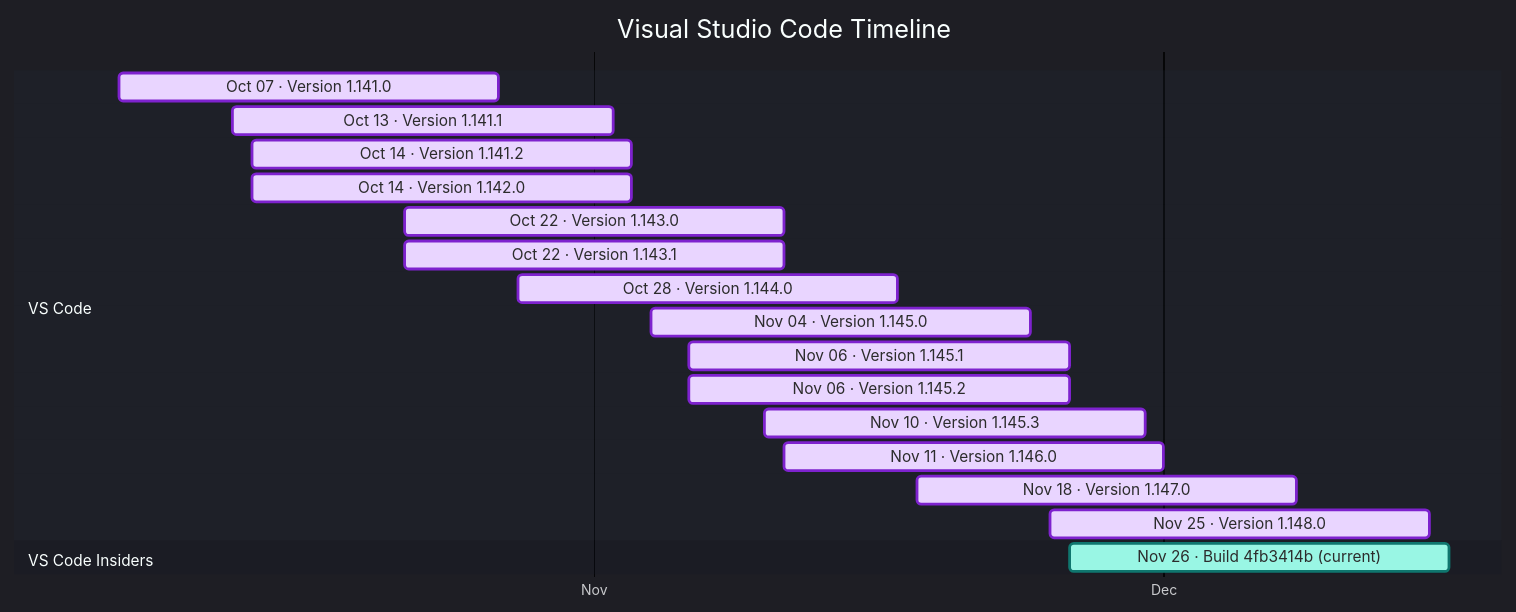
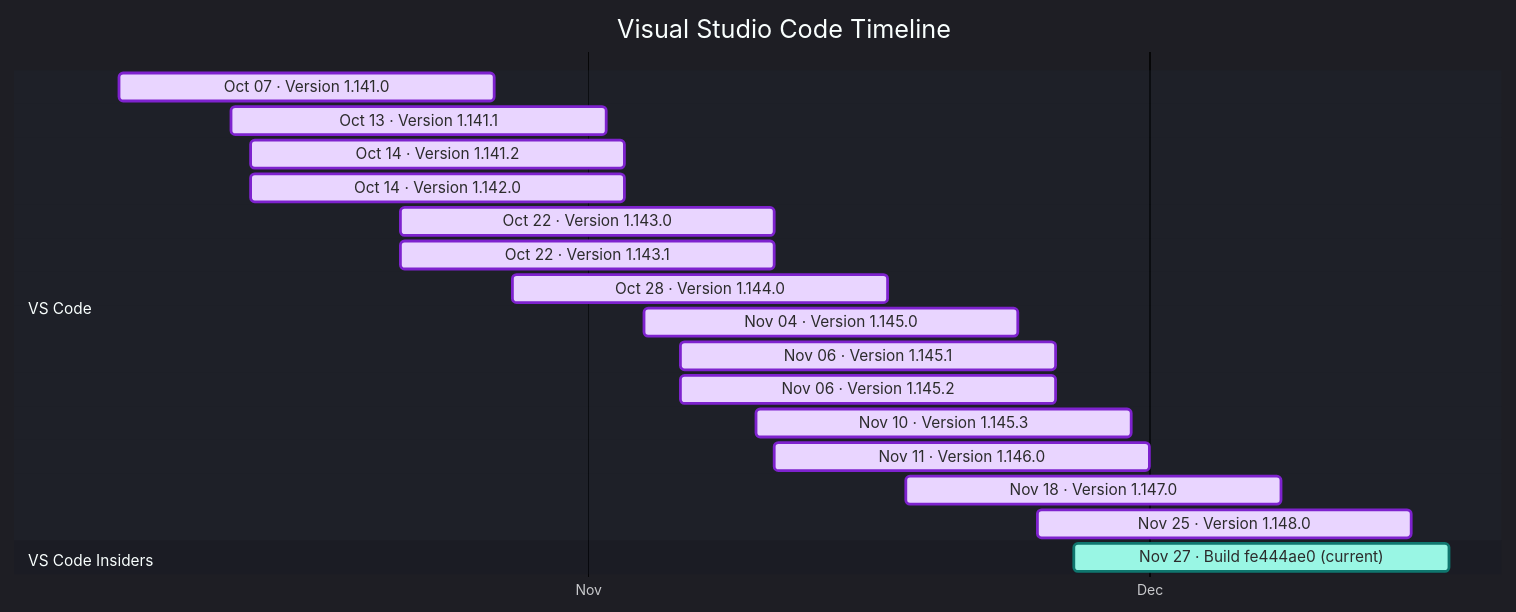
One commit to Oxelya-DevTools/VisualStudioUpdate changed the diagram in docs/vscode.md. Above: the diagram before and after it, drawn with Mermaid. The commit also changed other lines of this file and 1 other file, not shown here.

````diff
--- a/docs/vscode.md
+++ b/docs/vscode.md
@@ -9,25 +9,25 @@
 ```mermaid
 %%{init: {'theme':'dark','themeVariables': { 'fontFamily': 'Segoe UI', 'fontSize': '24px', 'textColor': '#F3F4F6', 'titleTextColor': '#FFFFFF', 'taskTextColor': '#111827', 'taskTextLightColor': '#111827', 'taskTextOutsideColor': '#F3F4F6', 'taskBkgColor': '#BAE6FD', 'taskBorderColor': '#0369A1', 'doneTaskBkgColor': '#E9D5FF', 'doneTaskBorderColor': '#7E22CE', 'activeTaskBkgColor': '#99F6E4', 'activeTaskBorderColor': '#0F766E', 'critTaskBkgColor': '#FED7AA', 'critTaskBorderColor': '#C2410C', 'sectionBkgColor': '#1F2937', 'altSectionBkgColor': '#111827', 'gridColor': '#4B5563', 'todayLineColor': '#F87171' }}}%%
 gantt
     title Visual Studio Code Timeline
     dateFormat  YYYY-MM-DD
     axisFormat  %b
     tickInterval 1month
     section VS Code
     Oct 07 · Version 1.141.0 : done, vscode202610070, 2026-10-07, 20d
     Oct 13 · Version 1.141.1 : done, vscode202610131, 2026-10-13, 20d
     Oct 14 · Version 1.141.2 : done, vscode202610142, 2026-10-14, 20d
     Oct 14 · Version 1.142.0 : done, vscode202610143, 2026-10-14, 20d
     Oct 22 · Version 1.143.0 : done, vscode202610224, 2026-10-22, 20d
     Oct 22 · Version 1.143.1 : done, vscode202610225, 2026-10-22, 20d
     Oct 28 · Version 1.144.0 : done, vscode202610286, 2026-10-28, 20d
     Nov 04 · Version 1.145.0 : done, vscode202611047, 2026-11-04, 20d
     Nov 06 · Version 1.145.1 : done, vscode202611068, 2026-11-06, 20d
     Nov 06 · Version 1.145.2 : done, vscode202611069, 2026-11-06, 20d
     Nov 10 · Version 1.145.3 : done, vscode2026111010, 2026-11-10, 20d
     Nov 11 · Version 1.146.0 : done, vscode2026111111, 2026-11-11, 20d
     Nov 18 · Version 1.147.0 : done, vscode2026111812, 2026-11-18, 20d
     Nov 25 · Version 1.148.0 : done, vscode2026112513, 2026-11-25, 20d
     section VS Code Insiders
-    Nov 26 · Build 4fb3414b (current) : active, vscodeinsiders202611260, 2026-11-26, 20d
+    Nov 27 · Build fe444ae0 (current) : active, vscodeinsiders202611270, 2026-11-27, 20d
 ```
````
